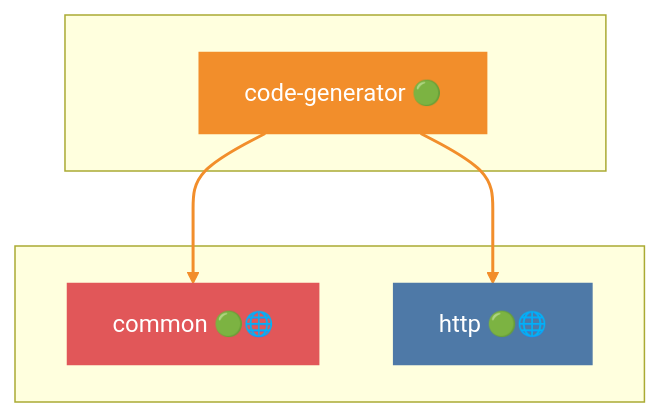
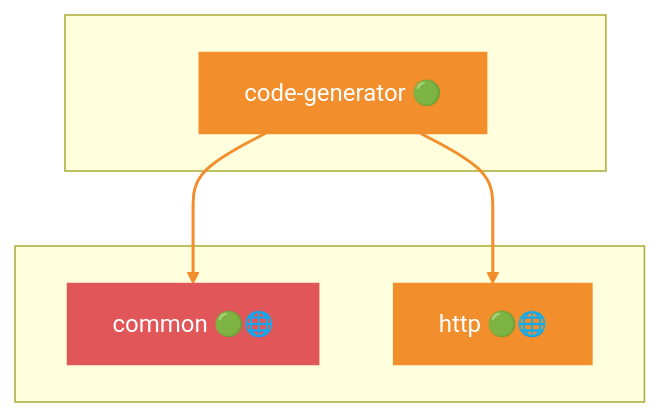
One commit to grest-ts/grest-ts changed the third of 43 diagrams in docs/DEPENDENCIES.md. Above: the diagram before and after it, drawn with Mermaid. The commit also changed other lines of this file and 14 other files, not shown here.

````diff
--- a/docs/DEPENDENCIES.md
+++ b/docs/DEPENDENCIES.md
@@ -413,17 +423,17 @@
 ```mermaid
 flowchart TB
     subgraph Package[" "]
         code-generator["code-generator 🟢"]
     end
     subgraph Dependencies[" "]
         common["common 🟢🌐"]
         http["http 🟢🌐"]
     end
     code-generator --> common
     code-generator --> http
     style code-generator fill:#F28E2B,stroke:#F28E2B,color:#fff
     style common fill:#E15759,stroke:#E15759,color:#fff
-    style http fill:#4E79A7,stroke:#4E79A7,color:#fff
+    style http fill:#F28E2B,stroke:#F28E2B,color:#fff
     linkStyle 0 stroke:#F28E2B,stroke-width:2px
     linkStyle 1 stroke:#F28E2B,stroke-width:2px
 ```
````
